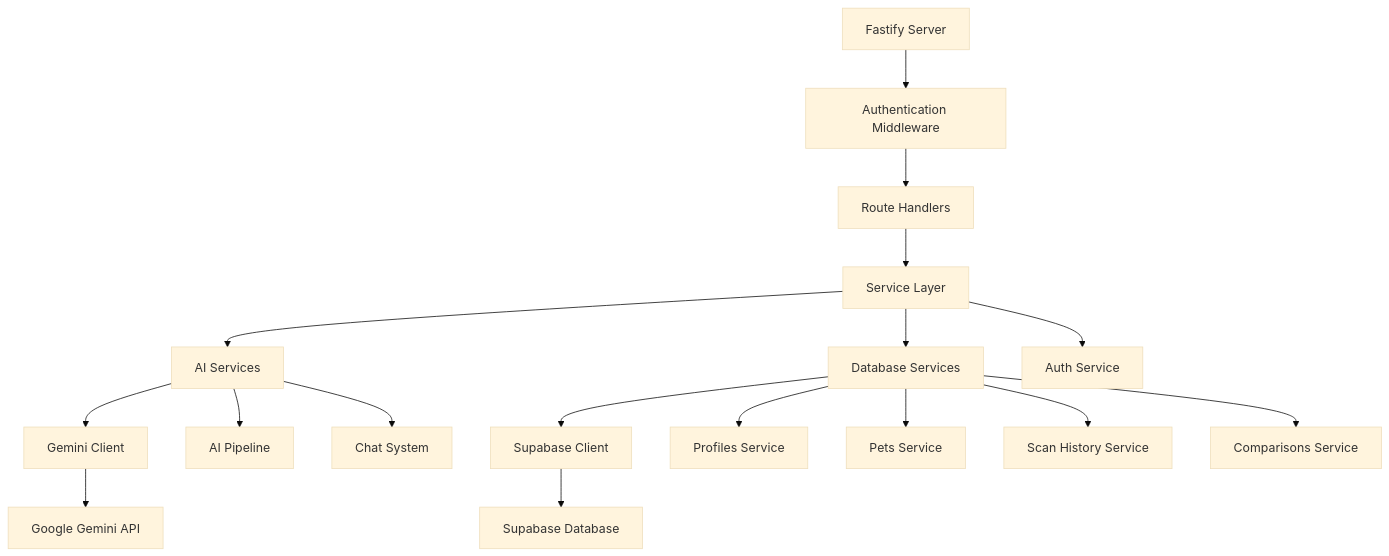
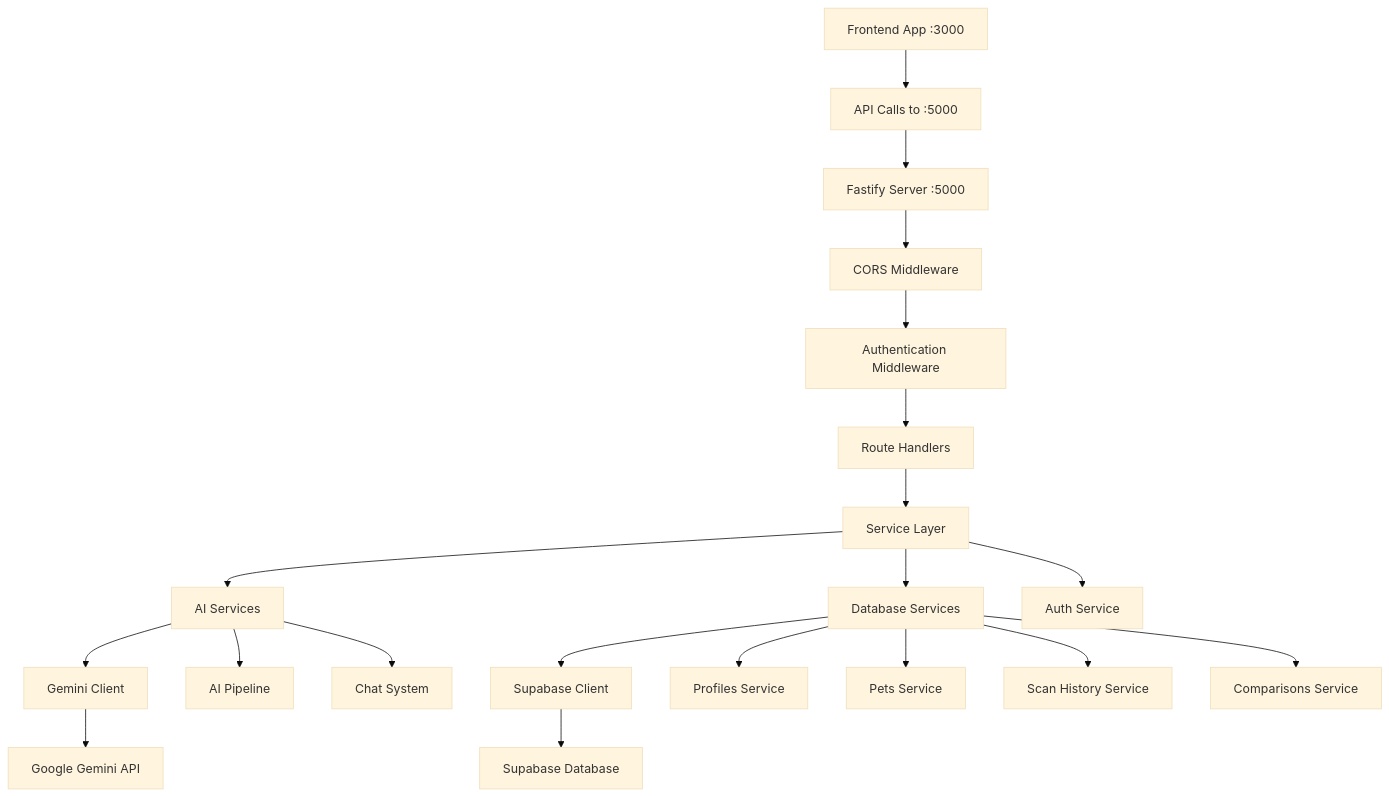
The diagram in .qoder/quests/backend-setup.md (Blackant222/feedmagix-mlp), drawn with Mermaid (base theme) before and after one commit. The commit also changed other lines of this file, not shown here.

````diff
--- a/.qoder/quests/backend-setup.md
+++ b/.qoder/quests/backend-setup.md
@@ -78,23 +92,27 @@
 ```mermaid
 graph TD
-    A[Fastify Server] --> B[Authentication Middleware]
-    B --> C[Route Handlers]
-    C --> D[Service Layer]
+    A[Fastify Server :5000] --> B[CORS Middleware]
+    B --> C[Authentication Middleware]
+    C --> D[Route Handlers]
+    D --> E[Service Layer]
     
-    D --> E[AI Services]
-    D --> F[Database Services]
-    D --> G[Auth Service]
+    E --> F[AI Services]
+    E --> G[Database Services]
+    E --> H[Auth Service]
     
-    E --> H[Gemini Client]
-    E --> I[AI Pipeline]
-    E --> J[Chat System]
+    F --> I[Gemini Client]
+    F --> J[AI Pipeline]
+    F --> K[Chat System]
     
-    F --> K[Supabase Client]
-    F --> L[Profiles Service]
-    F --> M[Pets Service]
-    F --> N[Scan History Service]
-    F --> O[Comparisons Service]
+    G --> L[Supabase Client]
+    G --> M[Profiles Service]
+    G --> N[Pets Service]
+    G --> O[Scan History Service]
+    G --> P[Comparisons Service]
     
-    H --> P[Google Gemini API]
-    K --> Q[Supabase Database]
+    I --> Q[Google Gemini API]
+    L --> R[Supabase Database]
+    
+    S[Frontend App :3000] --> T[API Calls to :5000]
+    T --> A
 ```
````
